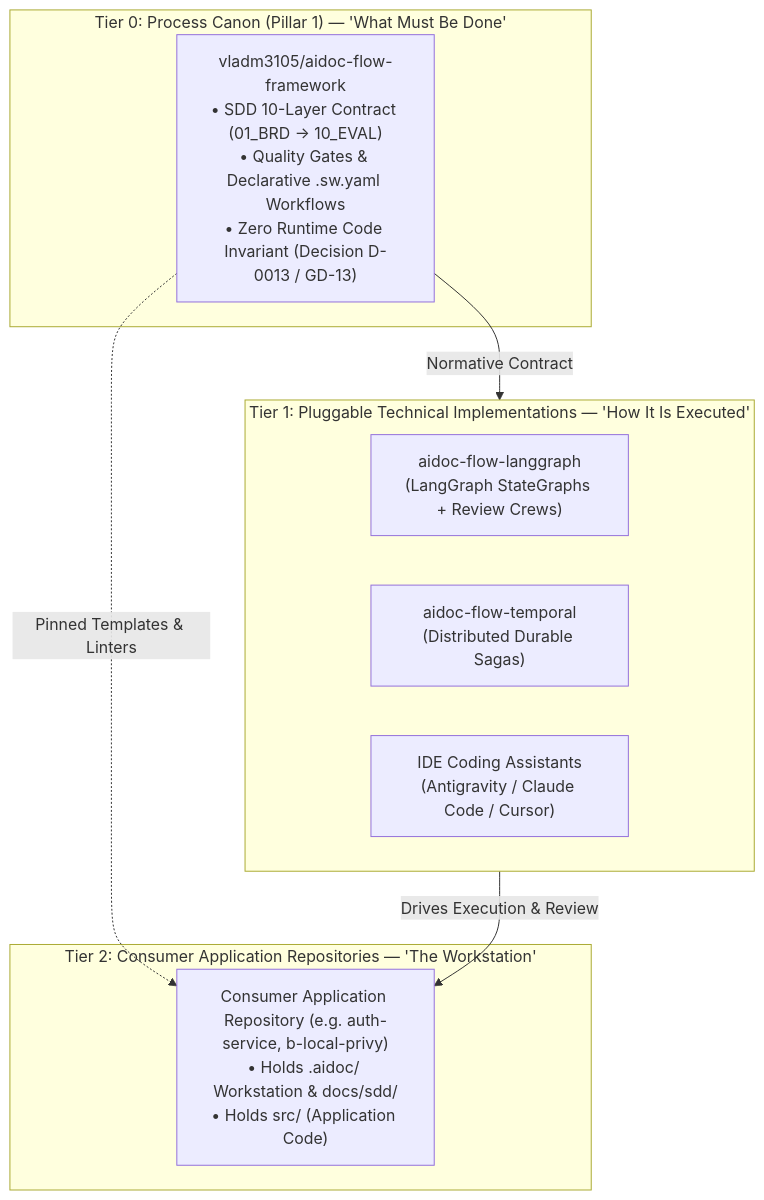
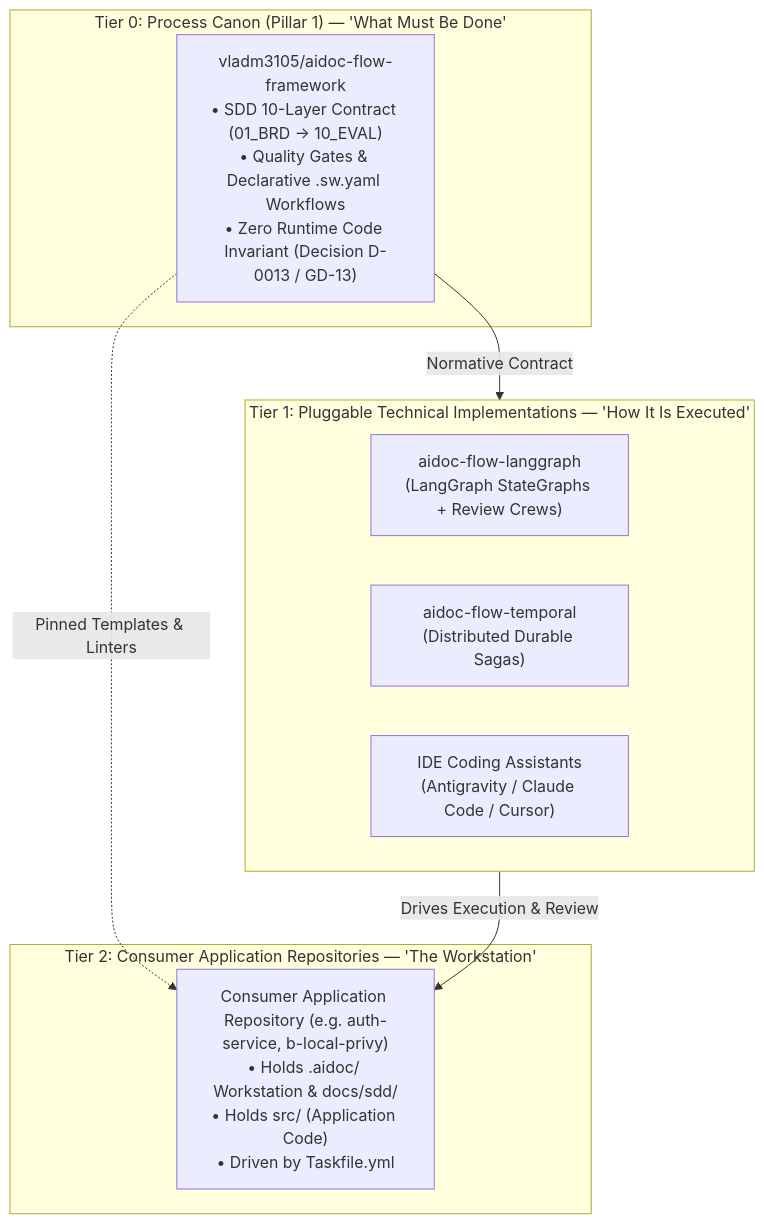
The first of 4 diagrams in docs/AIDOC_WORKSTATION_STANDARD.md (vladm3105/aidoc-flow-framework), drawn with Mermaid before and after one commit. The commit also changed other lines of this file and 3 other files, not shown here.

First line of the commit message:
docs: operationalize .aidoc/ Workstation Standard and Dual-Control Flow (CHG-106) (#985)

````diff
--- a/docs/AIDOC_WORKSTATION_STANDARD.md
+++ b/docs/AIDOC_WORKSTATION_STANDARD.md
@@ -28,20 +33,20 @@
 ```mermaid
 graph TD
     subgraph Tier0["Tier 0: Process Canon (Pillar 1) — 'What Must Be Done'"]
         Canon["vladm3105/aidoc-flow-framework<br/>• SDD 10-Layer Contract (01_BRD -> 10_EVAL)<br/>• Quality Gates & Declarative .sw.yaml Workflows<br/>• Zero Runtime Code Invariant (Decision D-0013 / GD-13)"]
     end
 
     subgraph Tier1["Tier 1: Pluggable Technical Implementations — 'How It Is Executed'"]
         LG["aidoc-flow-langgraph<br/>(LangGraph StateGraphs + Review Crews)"]
         Temp["aidoc-flow-temporal<br/>(Distributed Durable Sagas)"]
         Plugin["IDE Coding Assistants<br/>(Antigravity / Claude Code / Cursor)"]
     end
 
     subgraph Tier2["Tier 2: Consumer Application Repositories — 'The Workstation'"]
-        Project["Consumer Application Repository (e.g. auth-service, b-local-privy)<br/>• Holds .aidoc/ Workstation & docs/sdd/<br/>• Holds src/ (Application Code)"]
+        Project["Consumer Application Repository (e.g. auth-service, b-local-privy)<br/>• Holds .aidoc/ Workstation & docs/sdd/<br/>• Holds src/ (Application Code)<br/>• Driven by Taskfile.yml"]
     end
 
     Canon -->|Normative Contract| Tier1
     Tier1 -->|Drives Execution & Review| Project
     Canon -.->|Pinned Templates & Linters| Project
 ```
````
